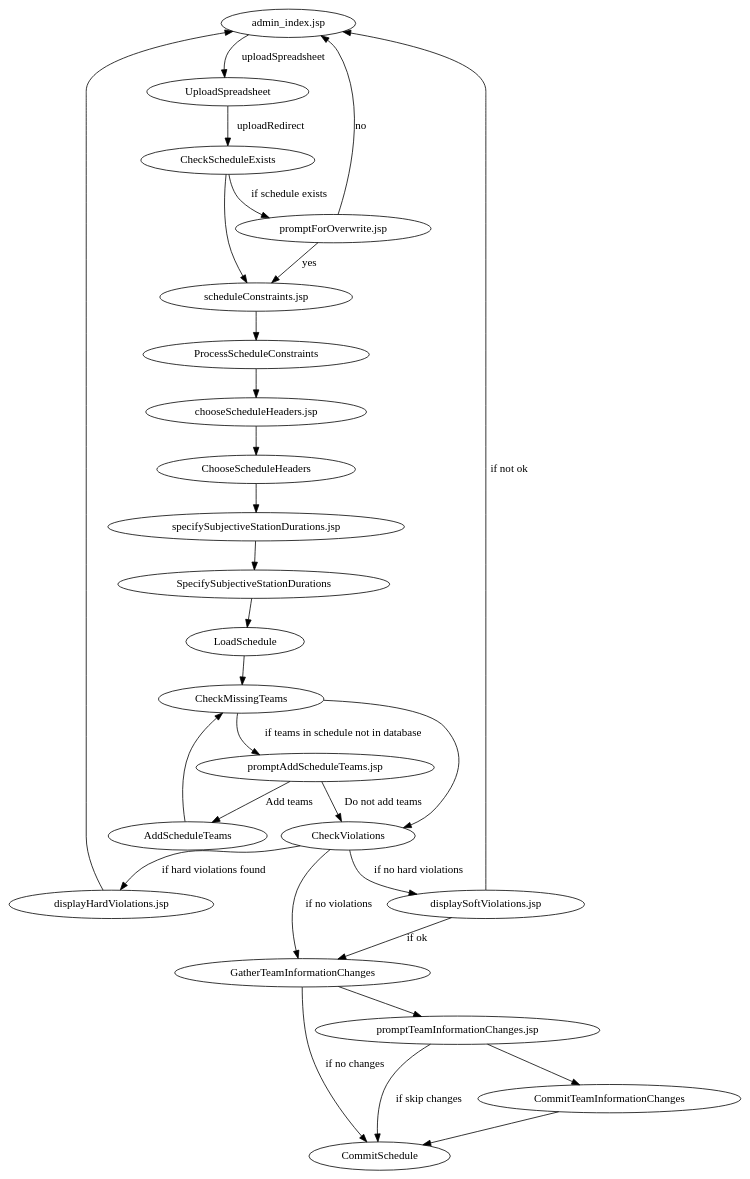
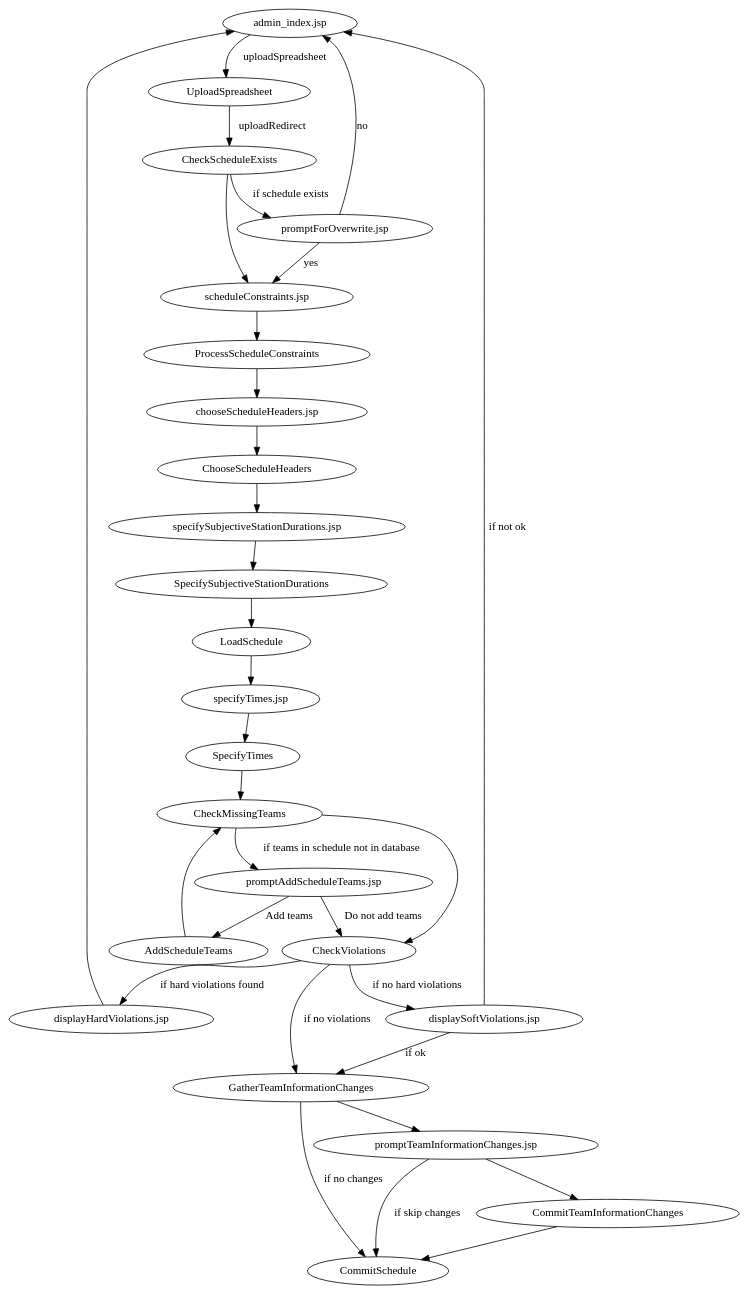
Before and after one commit to jpschewe/fll-sw: the diagram in src/main/documentation/workflows/upload-schedule.dot, drawn with Graphviz. The commit also changed 9 other files, not shown here.

First line of the commit message:
Prompt the user for wave checkin times on schedule upload

```diff
--- a/src/main/documentation/workflows/upload-schedule.dot
+++ b/src/main/documentation/workflows/upload-schedule.dot
@@ -1,52 +1,55 @@
 digraph UploadSchedule {
 
 "admin_index.jsp" -> UploadSpreadsheet [label="uploadSpreadsheet"];
 
 UploadSpreadsheet -> CheckScheduleExists [label="uploadRedirect"];
 
 CheckScheduleExists -> "promptForOverwrite.jsp" [label="if schedule exists"];
 
 "promptForOverwrite.jsp" -> "scheduleConstraints.jsp" [label="yes"];
 "promptForOverwrite.jsp" -> "admin_index.jsp" [label="no"];
 
 CheckScheduleExists -> "scheduleConstraints.jsp";
 
 "scheduleConstraints.jsp" -> ProcessScheduleConstraints;
 ProcessScheduleConstraints -> "chooseScheduleHeaders.jsp";
 
 "chooseScheduleHeaders.jsp" -> ChooseScheduleHeaders;
 ChooseScheduleHeaders -> "specifySubjectiveStationDurations.jsp";
 
 "specifySubjectiveStationDurations.jsp" -> SpecifySubjectiveStationDurations;
 SpecifySubjectiveStationDurations -> LoadSchedule;
 
-LoadSchedule -> CheckMissingTeams;
+LoadSchedule -> "specifyTimes.jsp";
+
+"specifyTimes.jsp" -> SpecifyTimes;
+SpecifyTimes -> CheckMissingTeams;
 
 CheckMissingTeams -> CheckViolations;
 CheckMissingTeams -> "promptAddScheduleTeams.jsp" [label="if teams in schedule not in database"];
 
 "promptAddScheduleTeams.jsp" -> AddScheduleTeams [label="Add teams"];
 "promptAddScheduleTeams.jsp" -> CheckViolations [label="Do not add teams"];
 
 AddScheduleTeams -> CheckMissingTeams;
 
 CheckViolations -> "GatherTeamInformationChanges" [label="if no violations"];
 CheckViolations -> "displayHardViolations.jsp" [label="if hard violations found"];
 CheckViolations -> "displaySoftViolations.jsp" [label="if no hard violations"];
 
 "displayHardViolations.jsp" -> "admin_index.jsp";
 
 "displaySoftViolations.jsp" -> "GatherTeamInformationChanges" [label="if ok"];
 "displaySoftViolations.jsp" -> "admin_index.jsp" [label="if not ok"];
 
 "GatherTeamInformationChanges" -> "CommitSchedule" [label="if no changes"];
 "GatherTeamInformationChanges" -> "promptTeamInformationChanges.jsp";
 
 "promptTeamInformationChanges.jsp" -> "CommitTeamInformationChanges";
 "promptTeamInformationChanges.jsp" -> "CommitSchedule" [label="if skip changes"];
 
 "CommitTeamInformationChanges" -> "CommitSchedule";
 
 
 
 }
```
